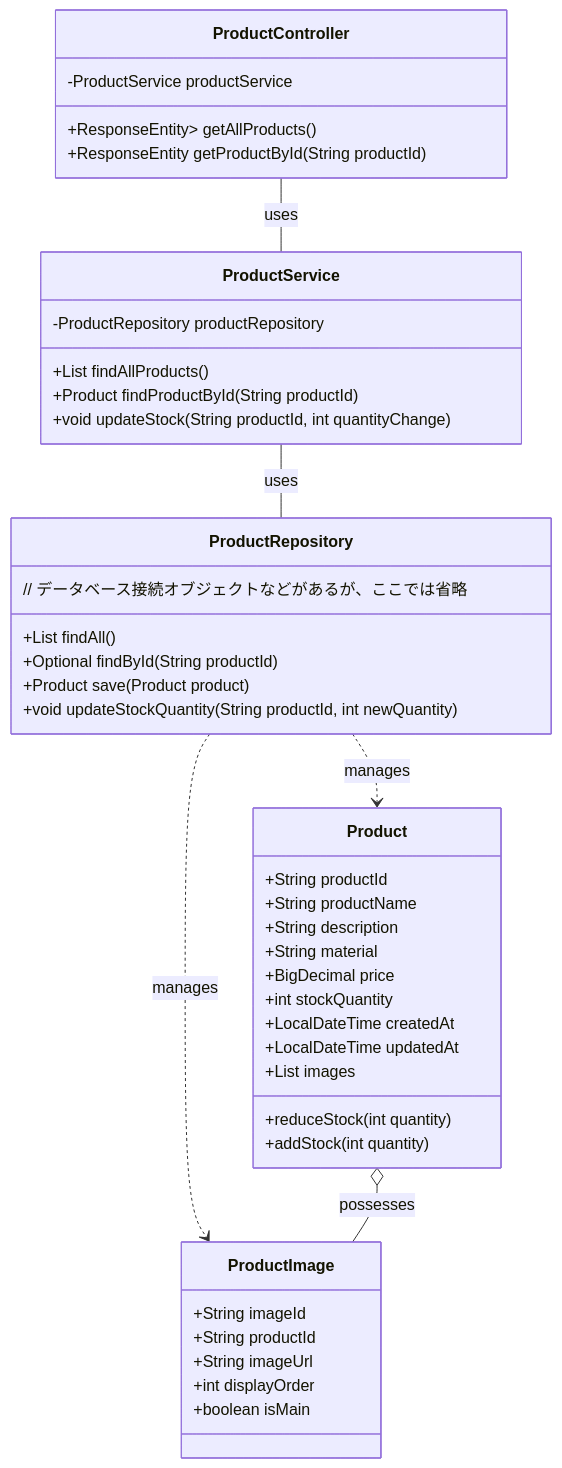
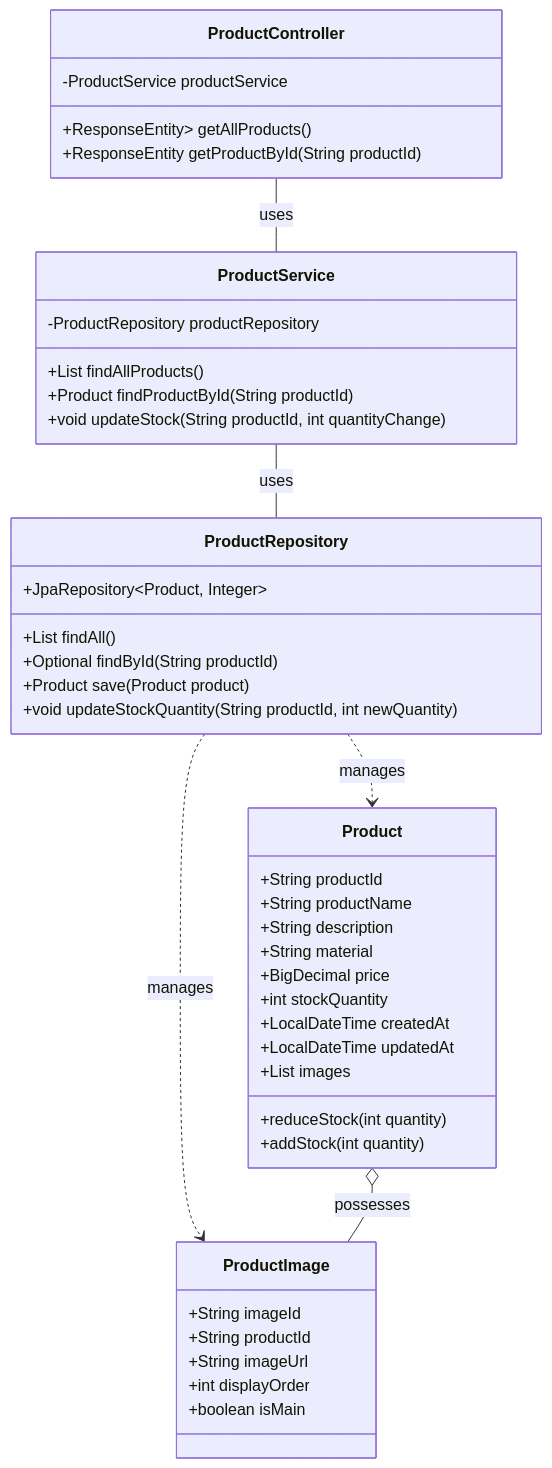
Before and after one commit to ainaga09/ACE: the first of 4 diagrams in 基本設計/はじめに.md, drawn with Mermaid. The commit also changed other lines of this file, not shown here.

```diff
--- a/基本設計/はじめに.md
+++ b/基本設計/はじめに.md
@@ -35,48 +35,48 @@
 <div class="mermaid">
 classDiagram
     ProductController -- ProductService : uses
     ProductService -- ProductRepository : uses
     ProductRepository ..> Product : manages
     ProductRepository ..> ProductImage : manages
 
     Product o-- ProductImage : possesses
 
     class ProductController {
         -ProductService productService
         +ResponseEntity<List<Product>> getAllProducts()
         +ResponseEntity<Product> getProductById(String productId)
     }
     class ProductService {
         -ProductRepository productRepository
         +List<Product> findAllProducts()
         +Product findProductById(String productId)
         +void updateStock(String productId, int quantityChange)
     }
     class ProductRepository {
-        // データベース接続オブジェクトなどがあるが、ここでは省略
+        +JpaRepository~Product, Integer~
         +List<Product> findAll()
         +Optional<Product> findById(String productId)
         +Product save(Product product)
         +void updateStockQuantity(String productId, int newQuantity)
     }
     class Product {
         +String productId
         +String productName
         +String description
         +String material
         +BigDecimal price
         +int stockQuantity
         +LocalDateTime createdAt
         +LocalDateTime updatedAt
         +List<ProductImage> images
         +reduceStock(int quantity)
         +addStock(int quantity)
     }
     class ProductImage {
         +String imageId
         +String productId
         +String imageUrl
         +int displayOrder
         +boolean isMain
     }
 </div>
```
